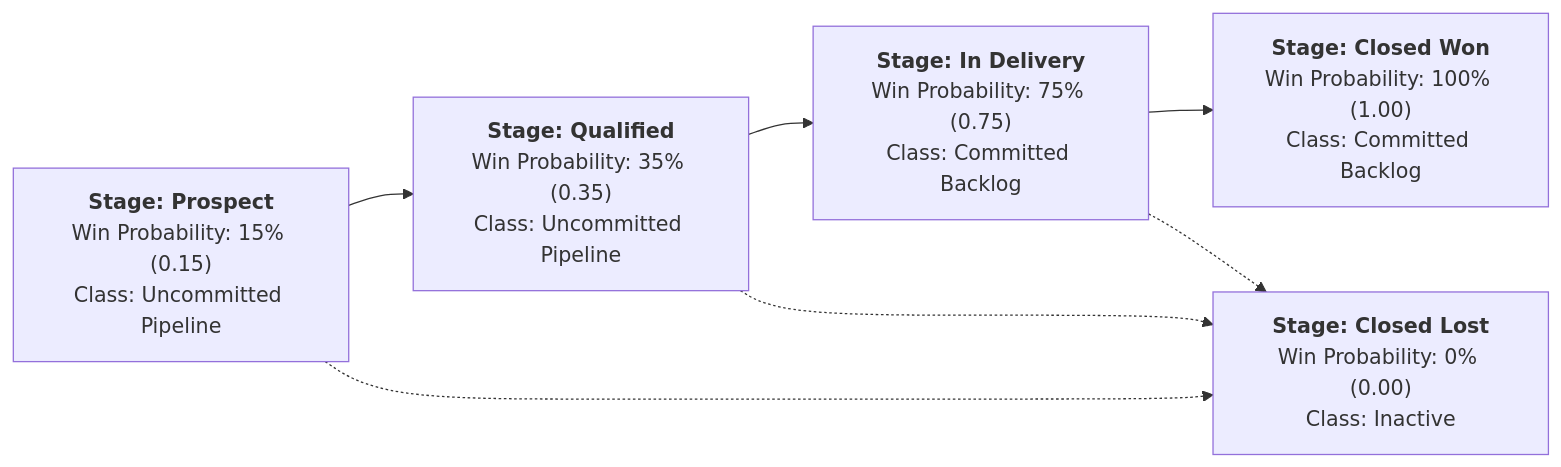
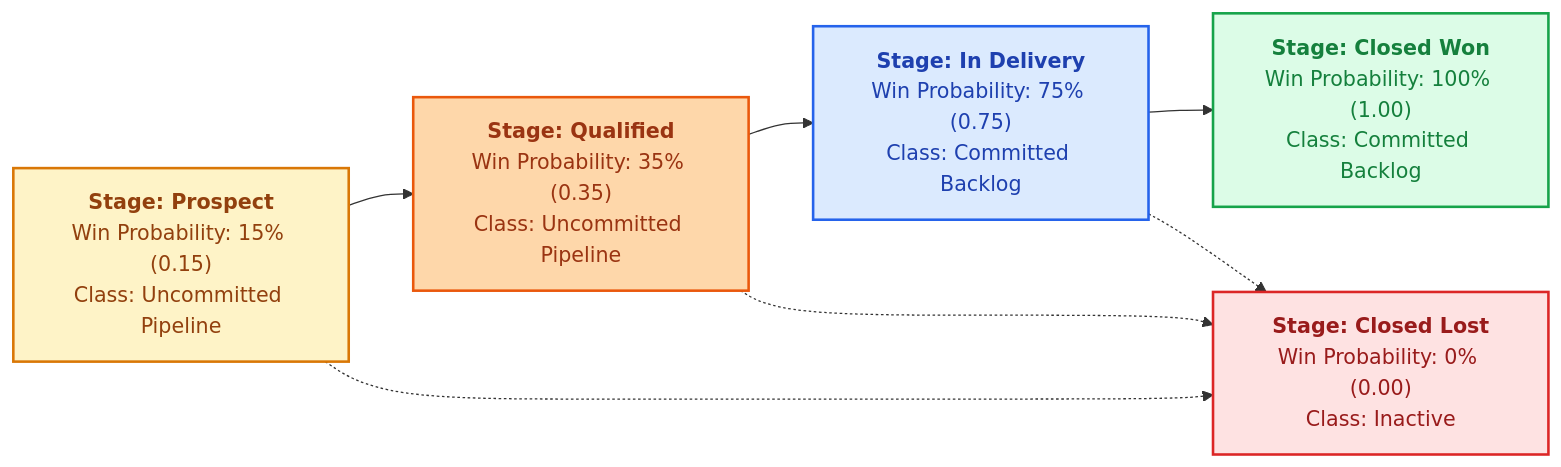
The second of 3 diagrams in docs/DATA_MODEL.md (VED-VIVEK-TALMALEY/x-fin), drawn with Mermaid before and after one commit. The commit also changed 6 other files, not shown here.

````diff
--- a/docs/DATA_MODEL.md
+++ b/docs/DATA_MODEL.md
@@ -87,11 +87,17 @@
 ```mermaid
 flowchart LR
     P["<b>Stage: Prospect</b><br/>Win Probability: 15% (0.15)<br/>Class: Uncommitted Pipeline"]
     --> Q["<b>Stage: Qualified</b><br/>Win Probability: 35% (0.35)<br/>Class: Uncommitted Pipeline"]
     --> D["<b>Stage: In Delivery</b><br/>Win Probability: 75% (0.75)<br/>Class: Committed Backlog"]
     --> W["<b>Stage: Closed Won</b><br/>Win Probability: 100% (1.00)<br/>Class: Committed Backlog"]
 
     P -.-> L["<b>Stage: Closed Lost</b><br/>Win Probability: 0% (0.00)<br/>Class: Inactive"]
     Q -.-> L
     D -.-> L
+
+    style P fill:#FEF3C7,stroke:#D97706,stroke-width:2px,color:#92400E
+    style Q fill:#FED7AA,stroke:#EA580C,stroke-width:2px,color:#9A3412
+    style D fill:#DBEAFE,stroke:#2563EB,stroke-width:2px,color:#1E40AF
+    style W fill:#DCFCE7,stroke:#16A34A,stroke-width:2px,color:#15803D
+    style L fill:#FEE2E2,stroke:#DC2626,stroke-width:2px,color:#991B1B
 ```
````
